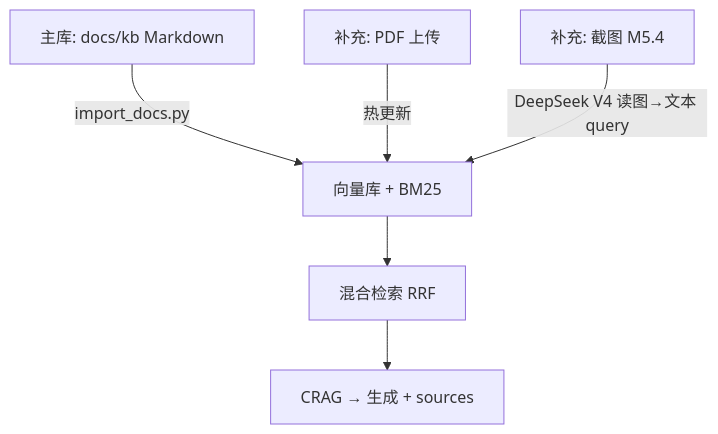
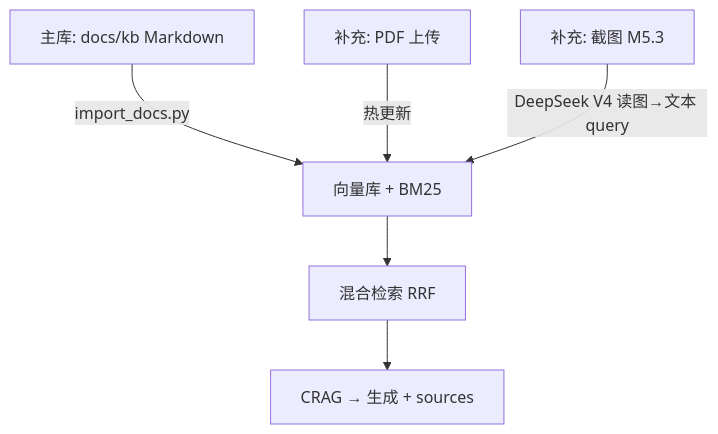
The diagram in docs/SCENARIO.md (bigcabbag/ShipLog), drawn with Mermaid before and after one commit. The commit also changed other lines of this file and 27 other files, not shown here.

First line of the commit message:
feat(M5.3): nginx 同源反代 + 截图读图（通义 Qwen3.7-Flash）

````diff
--- a/docs/SCENARIO.md
+++ b/docs/SCENARIO.md
@@ -54,8 +54,8 @@
 ```mermaid
 flowchart TD
   A[主库: docs/kb Markdown] -->|import_docs.py| V[向量库 + BM25]
   B[补充: PDF 上传] -->|热更新| V
-  C[补充: 截图 M5.4] -->|DeepSeek V4 读图→文本 query| V
+  C[补充: 截图 M5.3] -->|DeepSeek V4 读图→文本 query| V
   V --> R[混合检索 RRF]
   R --> G[CRAG → 生成 + sources]
 ```
````
